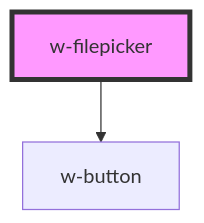
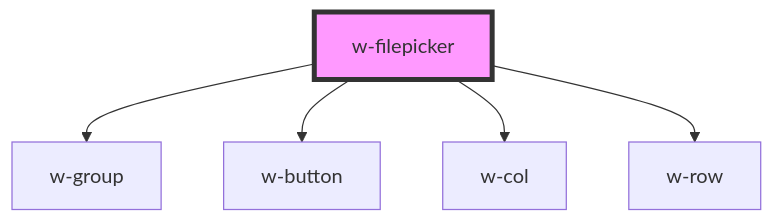
One commit to theUrbans/uniform changed the diagram in src/components/w-filepicker/readme.md. Above: the diagram before and after it, drawn with Mermaid. The commit also changed other lines of this file and 6 other files, not shown here.

````diff
--- a/src/components/w-filepicker/readme.md
+++ b/src/components/w-filepicker/readme.md
@@ -33,5 +37,8 @@
 ```mermaid
 graph TD;
+  w-filepicker --> w-group
   w-filepicker --> w-button
+  w-filepicker --> w-col
+  w-filepicker --> w-row
   style w-filepicker fill:#f9f,stroke:#333,stroke-width:4px
 ```
````
